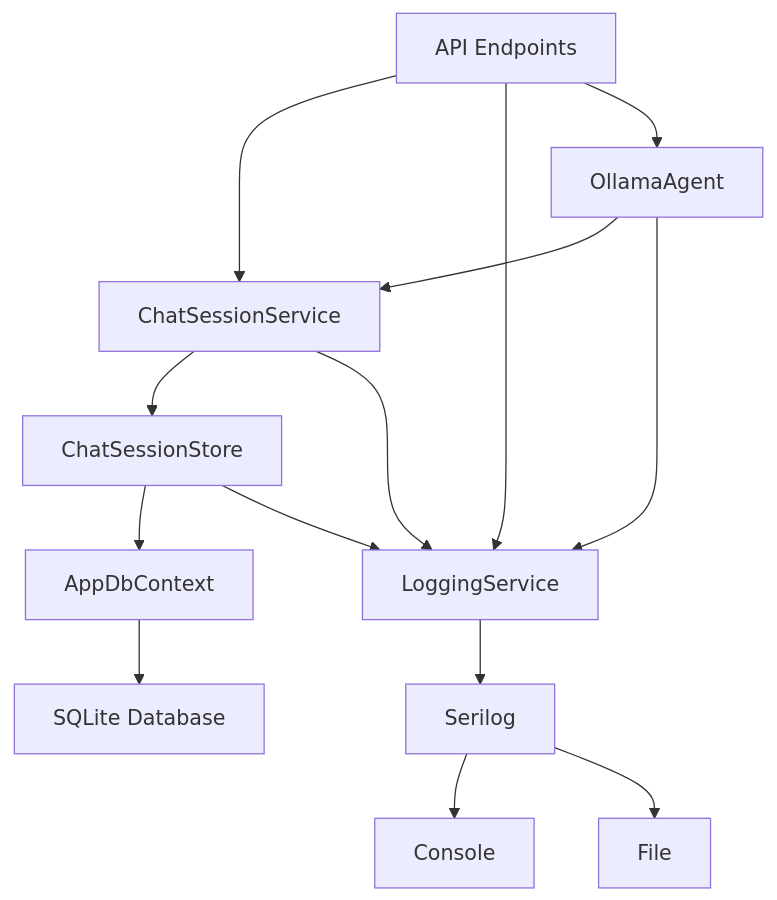
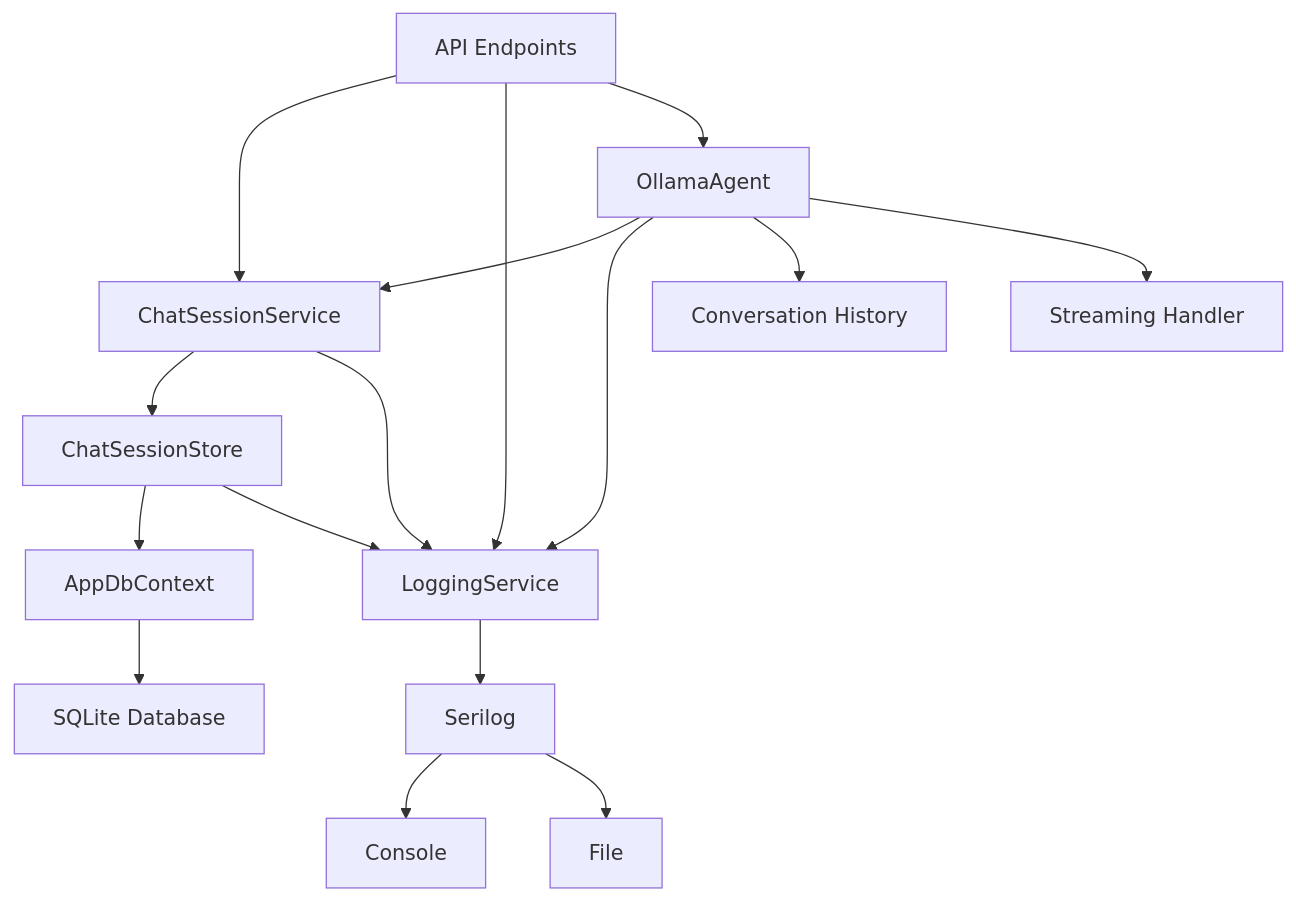
One commit to vinhthuy2/LlmChat changed the diagram in memory-bank/systemPatterns.md. Above: the diagram before and after it, drawn with Mermaid. The commit also changed other lines of this file and 6 other files, not shown here.

````diff
--- a/memory-bank/systemPatterns.md
+++ b/memory-bank/systemPatterns.md
@@ -69,16 +86,18 @@
 ```mermaid
 graph TD
     A[API Endpoints] --> B[ChatSessionService]
     B --> C[ChatSessionStore]
     C --> D[AppDbContext]
     D --> E[SQLite Database]
     A --> F[LoggingService]
     B --> F
     C --> F
     F --> G[Serilog]
     G --> H[Console]
     G --> I[File]
     A --> J[OllamaAgent]
     J --> B
     J --> F
+    J --> K[Conversation History]
+    J --> L[Streaming Handler]
 ```
````
